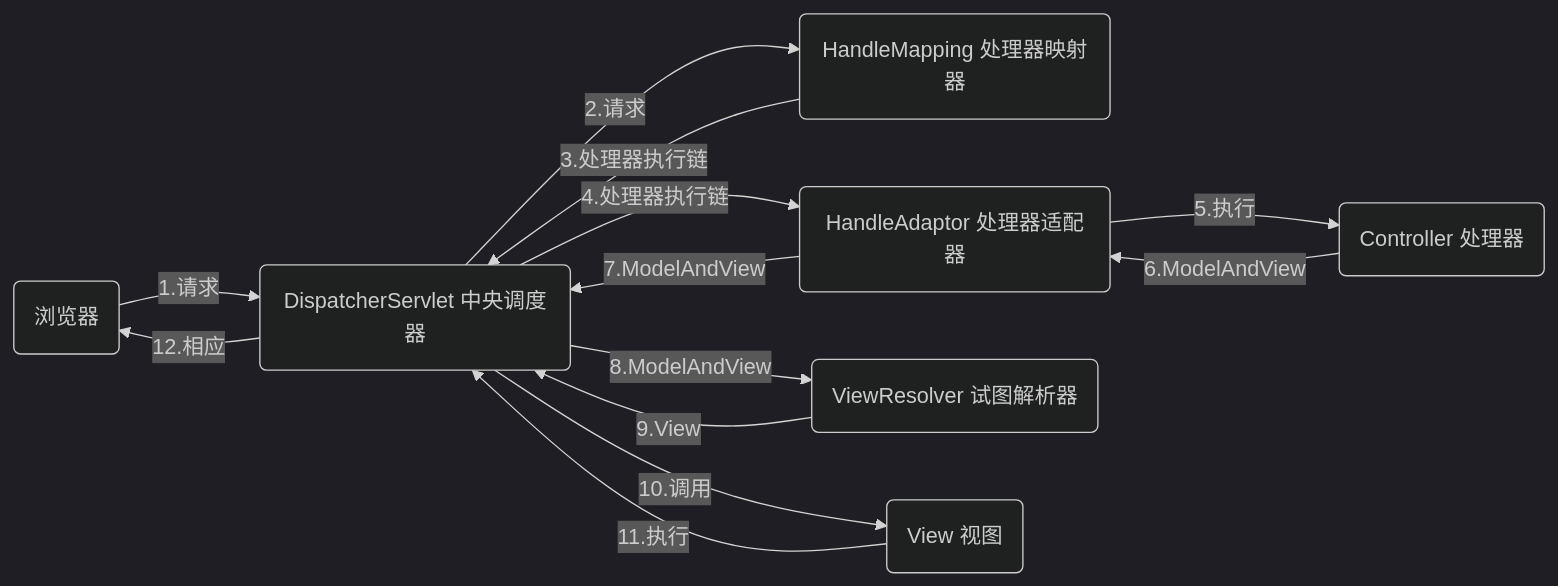
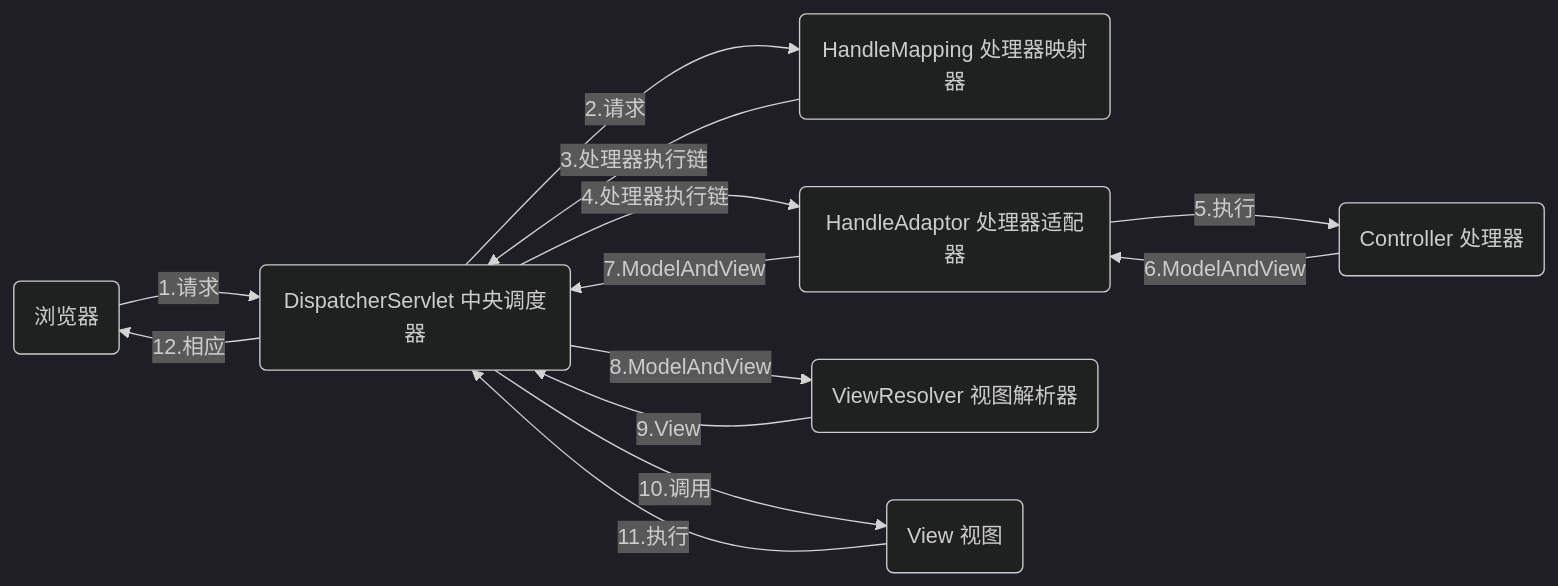
One commit to mudongjing/spring-knowledge-simple-introduction changed the diagram in spring-mvc.md. Above: the diagram before and after it, drawn with Mermaid (dark theme). The commit also changed other lines of this file, not shown here.

````diff
--- a/spring-mvc.md
+++ b/spring-mvc.md
@@ -239,20 +265,20 @@
 ```mermaid
 graph LR
  browser(浏览器)-->|1.请求|dispatcher(DispatcherServlet 中央调度器)
  dispatcher-->|12.相应|browser
  handleMapping(HandleMapping 处理器映射器)
  handleAdaptor(HandleAdaptor 处理器适配器)
  controller(Controller 处理器)
- viewresolver(ViewResolver 试图解析器)
+ viewresolver(ViewResolver 视图解析器)
  view(View 视图)
  dispatcher-->|2.请求|handleMapping
  handleMapping-->|3.处理器执行链|dispatcher
  dispatcher-->|4.处理器执行链|handleAdaptor
  handleAdaptor-->|7.ModelAndView|dispatcher
  handleAdaptor-->|5.执行|controller
  controller-->|6.ModelAndView|handleAdaptor
  dispatcher-->|8.ModelAndView|viewresolver
  viewresolver-->|9.View|dispatcher
  dispatcher-->|10.调用|view
  view-->|11.执行|dispatcher
 ```
````
